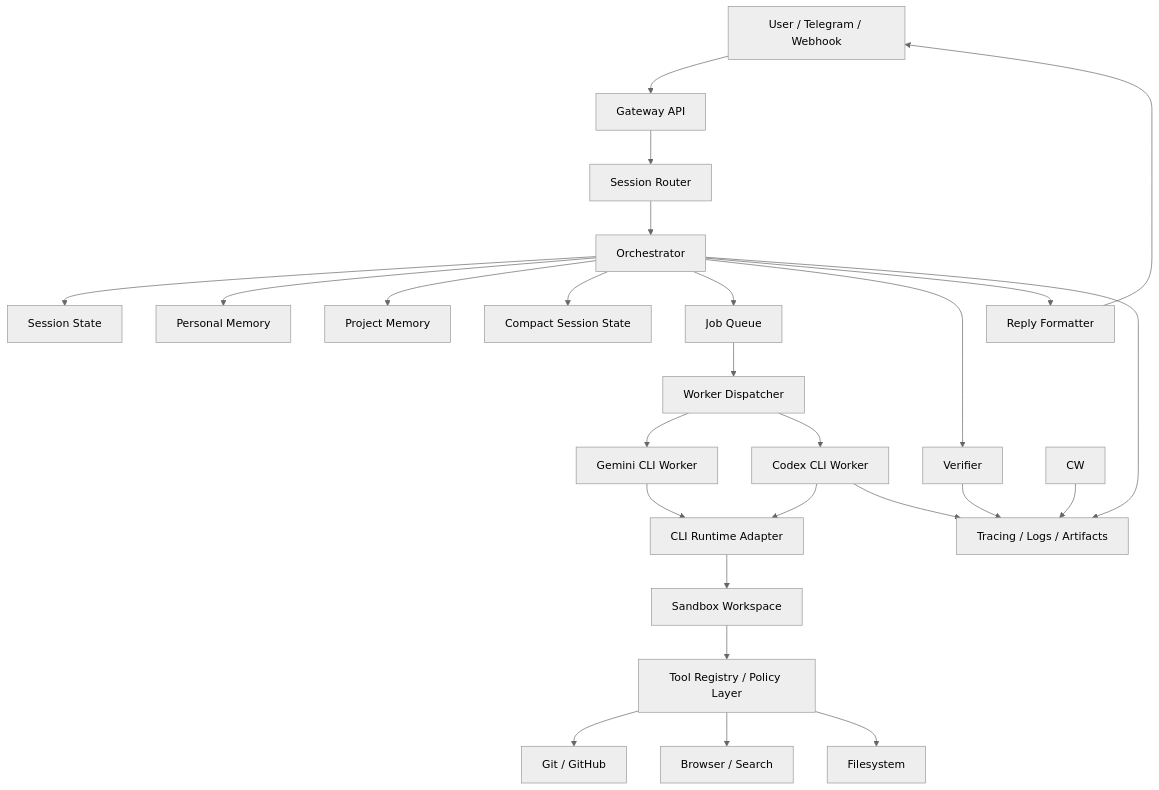
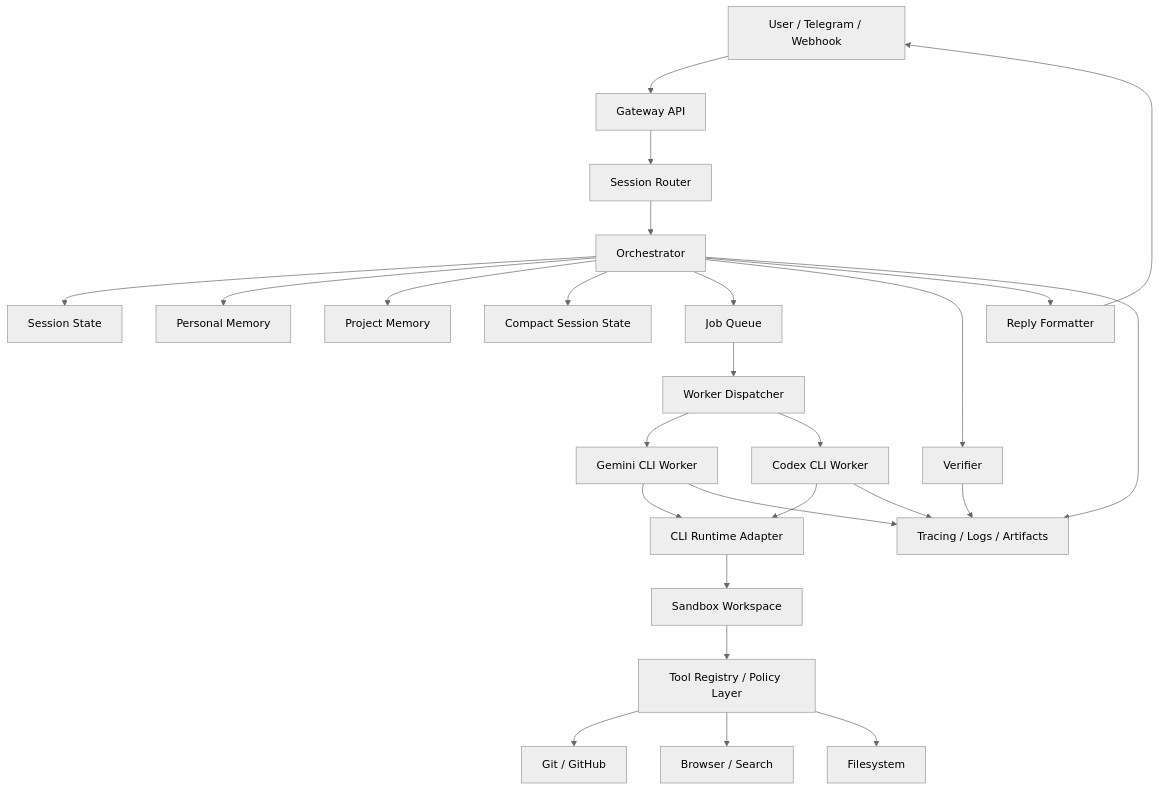
The diagram in docs/architecture.md (natanayalo/code-agent), drawn with Mermaid (neutral theme) before and after one commit. The commit also changed 5 other files, not shown here.

````diff
--- a/docs/architecture.md
+++ b/docs/architecture.md
@@ -18,34 +18,34 @@
 ```mermaid
 flowchart TD
     U[User / Telegram / Webhook] --> G[Gateway API]
     G --> S[Session Router]
     S --> O[Orchestrator]
 
     O --> M1[Session State]
     O --> M2[Personal Memory]
     O --> M3[Project Memory]
     O --> M4[Compact Session State]
     O --> Q[Job Queue]
 
     Q --> D[Worker Dispatcher]
     D --> GW[Gemini CLI Worker]
     D --> OW[Codex CLI Worker]
 
     GW --> C[CLI Runtime Adapter]
     OW --> C
     C --> X[Sandbox Workspace]
 
     X --> T[Tool Registry / Policy Layer]
     T --> GH[Git / GitHub]
     T --> BR[Browser / Search]
     T --> FS[Filesystem]
 
     O --> V[Verifier]
     O --> R[Reply Formatter]
     R --> U
 
     O --> OBS[Tracing / Logs / Artifacts]
     V --> OBS
-    CW --> OBS
+    GW --> OBS
     OW --> OBS
 ```
````
